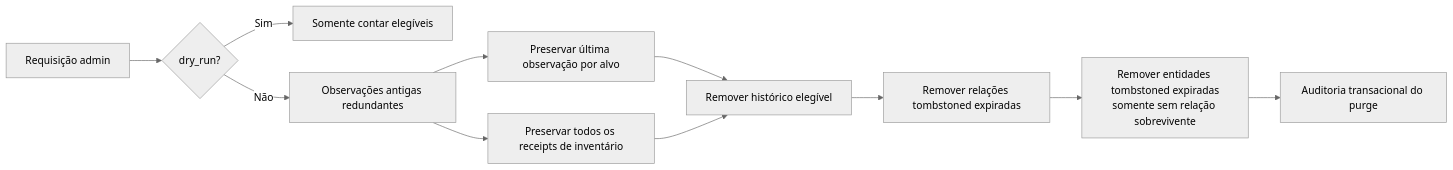
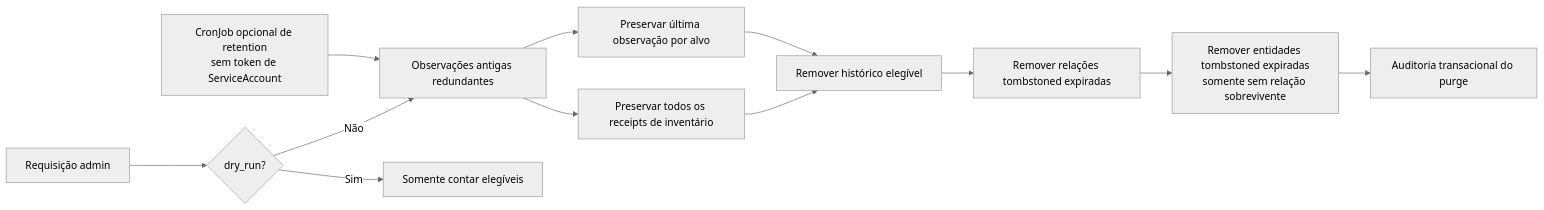
One commit to marcocristofolini/ai-sre-rca changed the fourth of 25 diagrams in docs/architecture.pt-BR.md. Above: the diagram before and after it, drawn with Mermaid (neutral theme). The commit also changed other lines of this file, not shown here.

Commit message:
docs: add scheduled retention to architecture pt-br

````diff
--- a/docs/architecture.pt-BR.md
+++ b/docs/architecture.pt-BR.md
@@ -106,13 +106,14 @@
 ```mermaid
 flowchart LR
+    CRON[CronJob opcional de retention<br/>sem token de ServiceAccount] --> OLD
     ADMIN[Requisição admin] --> PREVIEW{dry_run?}
     PREVIEW -->|Sim| COUNT[Somente contar elegíveis]
     PREVIEW -->|Não| OLD[Observações antigas redundantes]
     OLD --> KEEP[Preservar última observação por alvo]
     OLD --> RECEIPT[Preservar todos os receipts de inventário]
     KEEP --> PURGE[Remover histórico elegível]
     RECEIPT --> PURGE
     PURGE --> REL[Remover relações tombstoned expiradas]
     REL --> ENT[Remover entidades tombstoned expiradas<br/>somente sem relação sobrevivente]
     ENT --> AUDIT[Auditoria transacional do purge]
 ```
````
